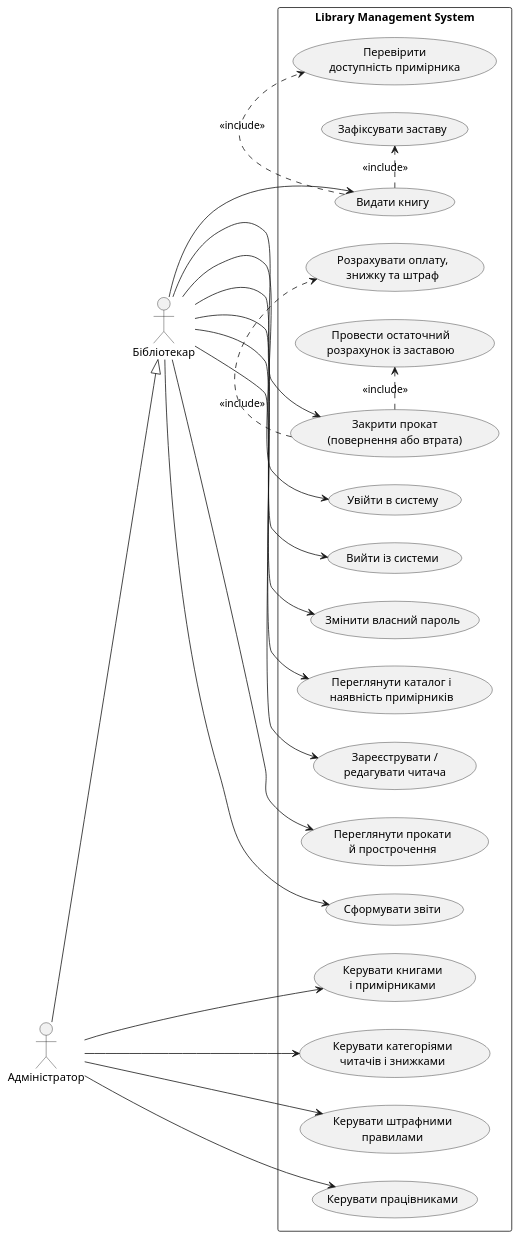
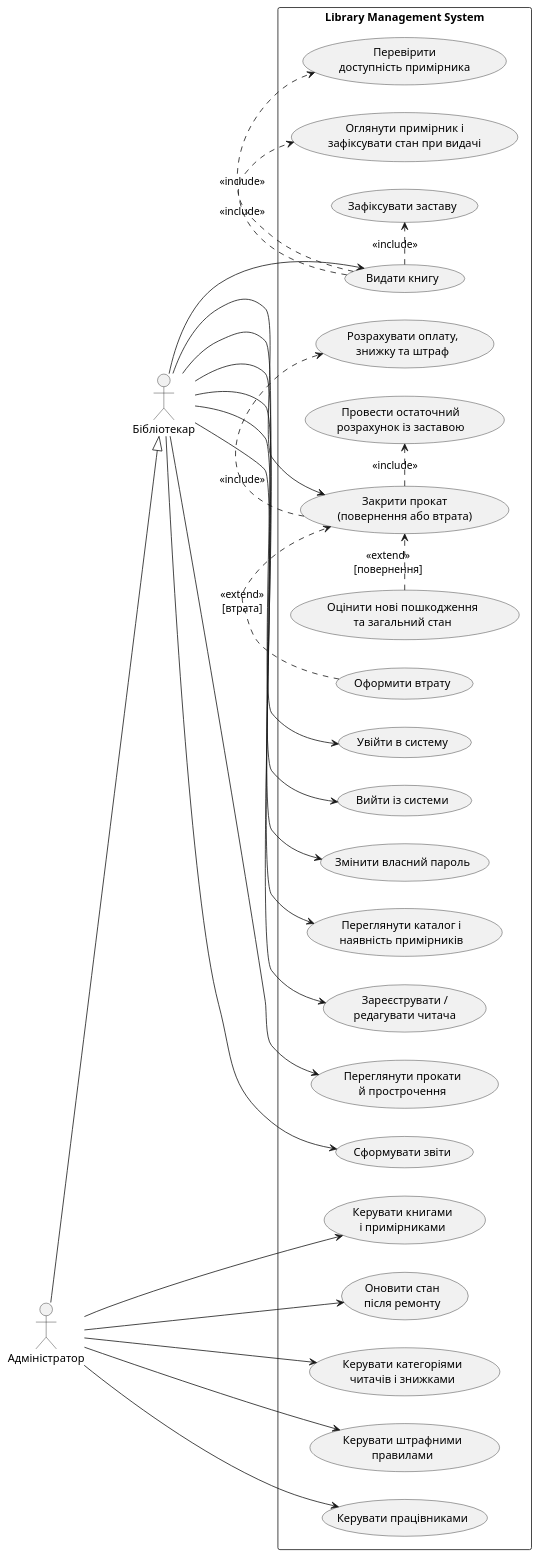
Before and after one commit to RomanNovachok/library-management-system: the diagram in docs/diagrams/use-case.puml, drawn with PlantUML. The commit also changed 71 other files, not shown here.

```diff
--- a/docs/diagrams/use-case.puml
+++ b/docs/diagrams/use-case.puml
@@ -1,44 +1,52 @@
 @startuml
 left to right direction
 skinparam packageStyle rectangle
 skinparam shadowing false
 actor "Бібліотекар" as Librarian
 actor "Адміністратор" as Admin
 Admin --|> Librarian
 rectangle "Library Management System" {
   usecase "Увійти в систему" as Login
   usecase "Вийти із системи" as Logout
   usecase "Змінити власний пароль" as ChangePassword
   usecase "Переглянути каталог і\nнаявність примірників" as Catalog
   usecase "Зареєструвати /\nредагувати читача" as Readers
   usecase "Видати книгу" as Issue
   usecase "Перевірити\nдоступність примірника" as Availability
+  usecase "Оглянути примірник і\nзафіксувати стан при видачі" as InspectIssue
   usecase "Зафіксувати заставу" as Deposit
   usecase "Закрити прокат\n(повернення або втрата)" as Close
   usecase "Розрахувати оплату,\nзнижку та штраф" as Calculate
+  usecase "Оцінити нові пошкодження\nта загальний стан" as AssessReturn
+  usecase "Оформити втрату" as MarkLost
   usecase "Провести остаточний\nрозрахунок із заставою" as Settle
   usecase "Переглянути прокати\nй прострочення" as Rentals
   usecase "Сформувати звіти" as Reports
   usecase "Керувати книгами\nі примірниками" as ManageBooks
+  usecase "Оновити стан\nпісля ремонту" as Repair
   usecase "Керувати категоріями\nчитачів і знижками" as ManageCategories
   usecase "Керувати штрафними\nправилами" as ManageFines
   usecase "Керувати працівниками" as Staff
 }
 Librarian --> Login
 Librarian --> Logout
 Librarian --> ChangePassword
 Librarian --> Catalog
 Librarian --> Readers
 Librarian --> Issue
 Librarian --> Close
 Librarian --> Rentals
 Librarian --> Reports
 Admin --> ManageBooks
+Admin --> Repair
 Admin --> ManageCategories
 Admin --> ManageFines
 Admin --> Staff
 Issue .> Availability : <<include>>
+Issue .> InspectIssue : <<include>>
 Issue .> Deposit : <<include>>
 Close .> Calculate : <<include>>
 Close .> Settle : <<include>>
+AssessReturn .> Close : <<extend>>\n[повернення]
+MarkLost .> Close : <<extend>>\n[втрата]
 @enduml
```
